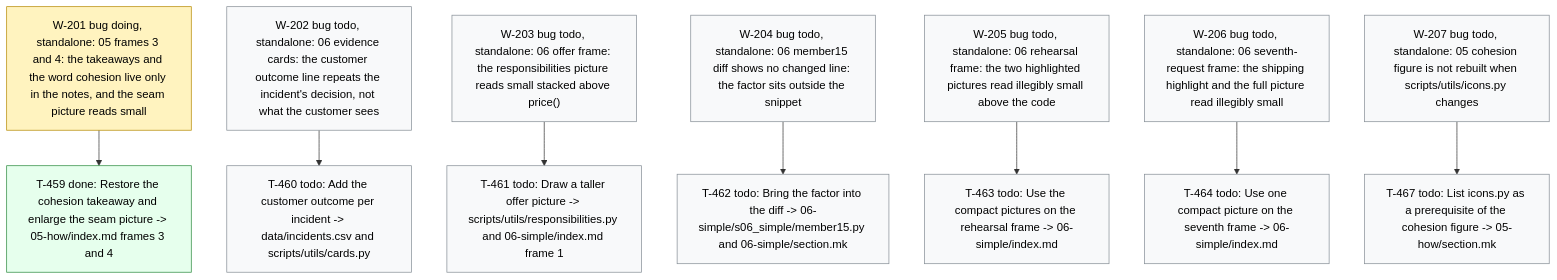
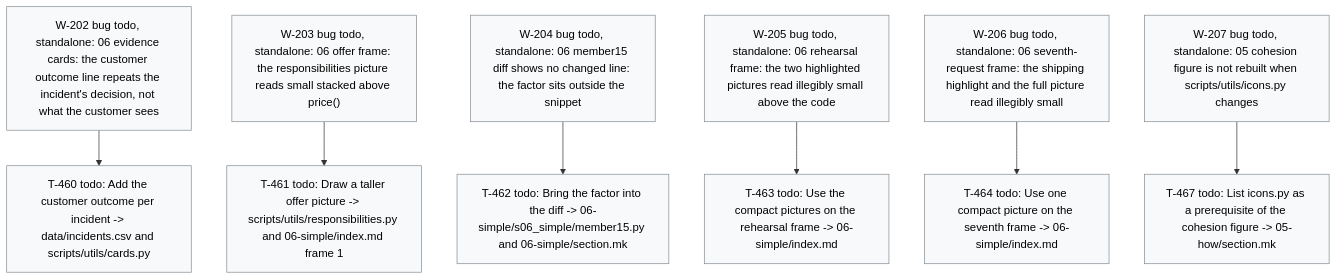
The diagram in .board/BOARD.md (dpopchev/chaos-to-simple), drawn with Mermaid before and after one commit. The commit also changed other lines of this file and 3 other files, not shown here.

````diff
--- a/.board/BOARD.md
+++ b/.board/BOARD.md
@@ -1190,25 +1195,21 @@
 ```mermaid
 flowchart TD
-  W201["W-201 bug doing, standalone: 05 frames 3 and 4: the takeaways and the word cohesion live only in the notes, and the seam picture reads small"]
-  W201 --> T459["T-459 done: Restore the cohesion takeaway and enlarge the seam picture -> 05-how/index.md frames 3 and 4"]
   W202["W-202 bug todo, standalone: 06 evidence cards: the customer outcome line repeats the incident's decision, not what the customer sees"]
   W202 --> T460["T-460 todo: Add the customer outcome per incident -> data/incidents.csv and scripts/utils/cards.py"]
   W203["W-203 bug todo, standalone: 06 offer frame: the responsibilities picture reads small stacked above price()"]
   W203 --> T461["T-461 todo: Draw a taller offer picture -> scripts/utils/responsibilities.py and 06-simple/index.md frame 1"]
   W204["W-204 bug todo, standalone: 06 member15 diff shows no changed line: the factor sits outside the snippet"]
   W204 --> T462["T-462 todo: Bring the factor into the diff -> 06-simple/s06_simple/member15.py and 06-simple/section.mk"]
   W205["W-205 bug todo, standalone: 06 rehearsal frame: the two highlighted pictures read illegibly small above the code"]
   W205 --> T463["T-463 todo: Use the compact pictures on the rehearsal frame -> 06-simple/index.md"]
   W206["W-206 bug todo, standalone: 06 seventh-request frame: the shipping highlight and the full picture read illegibly small"]
   W206 --> T464["T-464 todo: Use one compact picture on the seventh frame -> 06-simple/index.md"]
   W207["W-207 bug todo, standalone: 05 cohesion figure is not rebuilt when scripts/utils/icons.py changes"]
   W207 --> T467["T-467 todo: List icons.py as a prerequisite of the cohesion figure -> 05-how/section.mk"]
   classDef doing fill:#fff3bf,stroke:#b58900,color:#000;
   classDef blocked fill:#ffe3e3,stroke:#c92a2a,color:#000;
   classDef done fill:#e6ffed,stroke:#2b8a3e,color:#000;
   classDef todo fill:#f8f9fa,stroke:#868e96,color:#000;
   classDef pruned fill:#f1f3f5,stroke:#adb5bd,color:#000;
-  class W201 doing
-  class T459 done
   class W202,T460,W203,T461,W204,T462,W205,T463,W206,T464,W207,T467 todo
 ```
````
